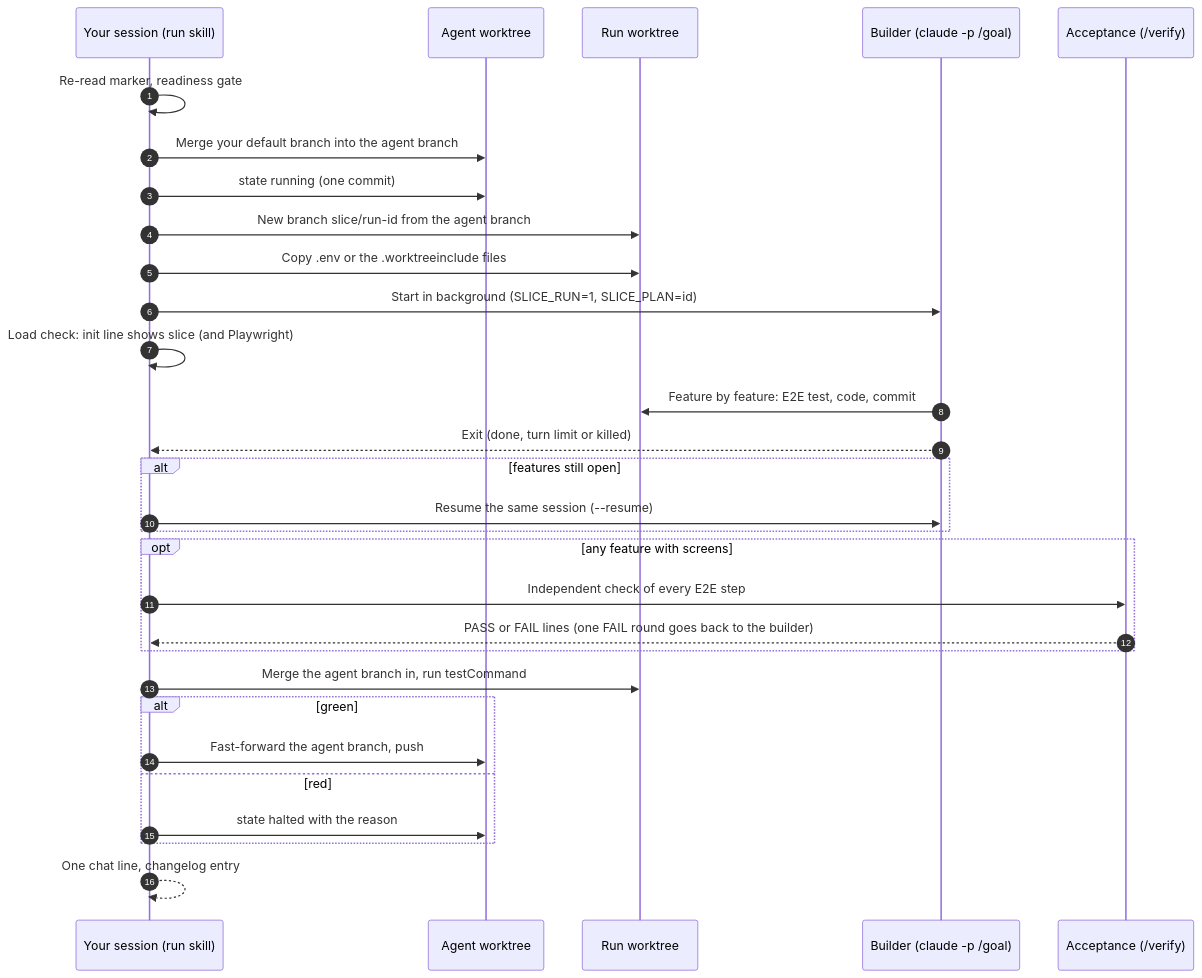
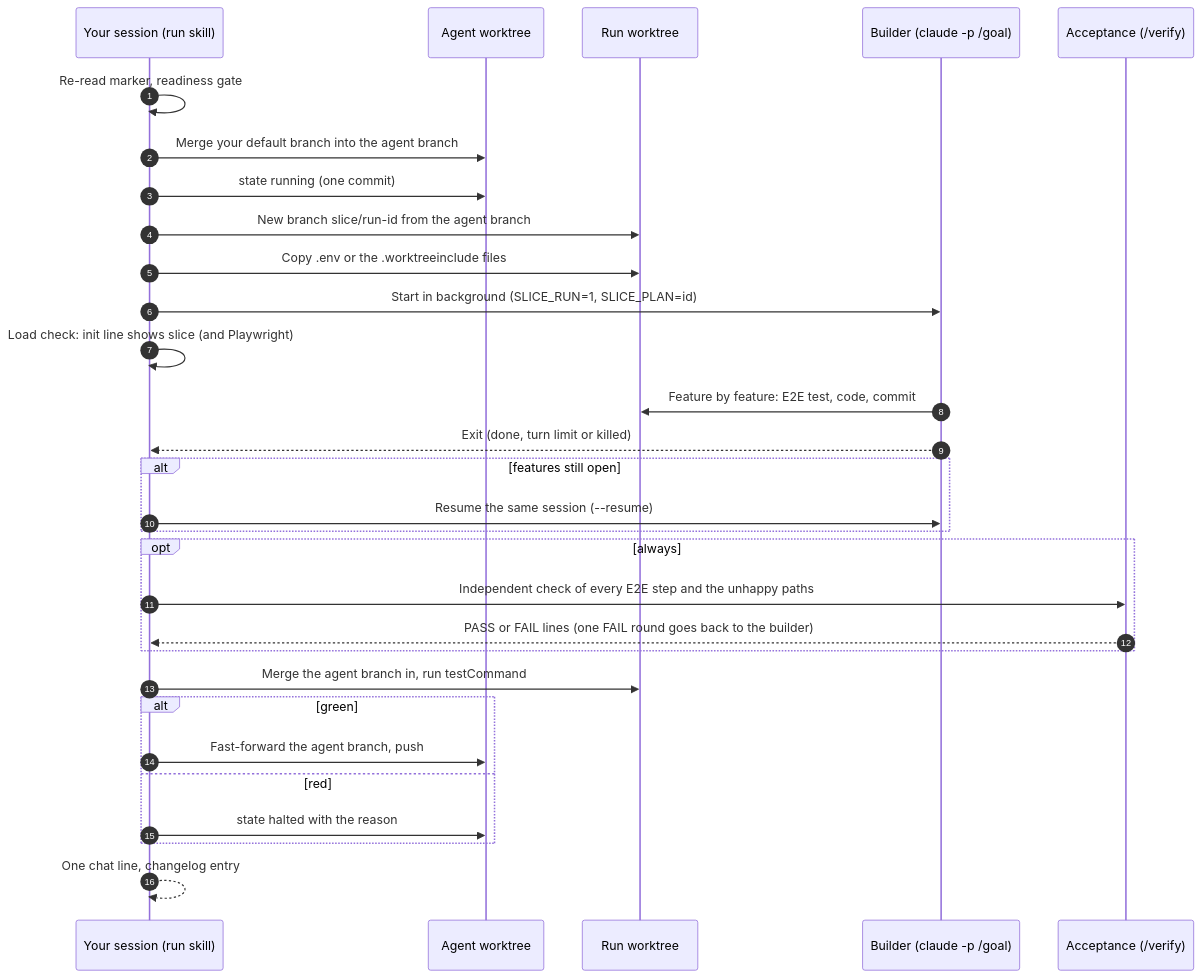
The fourth of 7 diagrams in plugins/slice/README.md (ahlerjam/cflow), drawn with Mermaid before and after one commit. The commit also changed other lines of this file and 2 other files, not shown here.

Commit message:
slice 0.12.0: independent /verify acceptance for every plan, at the real surface and with the unhappy paths from the spec

````diff
--- a/plugins/slice/README.md
+++ b/plugins/slice/README.md
@@ -160,32 +160,32 @@
 ```mermaid
 sequenceDiagram
     autonumber
     participant S as Your session (run skill)
     participant A as Agent worktree
     participant R as Run worktree
     participant B as Builder (claude -p /goal)
     participant V as Acceptance (/verify)
     S->>S: Re-read marker, readiness gate
     S->>A: Merge your default branch into the agent branch
     S->>A: state running (one commit)
     S->>R: New branch slice/run-id from the agent branch
     S->>R: Copy .env or the .worktreeinclude files
     S->>B: Start in background (SLICE_RUN=1, SLICE_PLAN=id)
     S->>S: Load check: init line shows slice (and Playwright)
     B->>R: Feature by feature: E2E test, code, commit
     B-->>S: Exit (done, turn limit or killed)
     alt features still open
         S->>B: Resume the same session (--resume)
     end
-    opt any feature with screens
-        S->>V: Independent check of every E2E step
+    opt always
+        S->>V: Independent check of every E2E step and the unhappy paths
         V-->>S: PASS or FAIL lines (one FAIL round goes back to the builder)
     end
     S->>R: Merge the agent branch in, run testCommand
     alt green
         S->>A: Fast-forward the agent branch, push
     else red
         S->>A: state halted with the reason
     end
     S-->>S: One chat line, changelog entry
 ```
````
